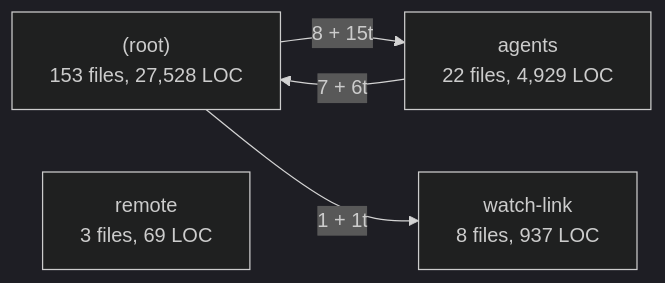
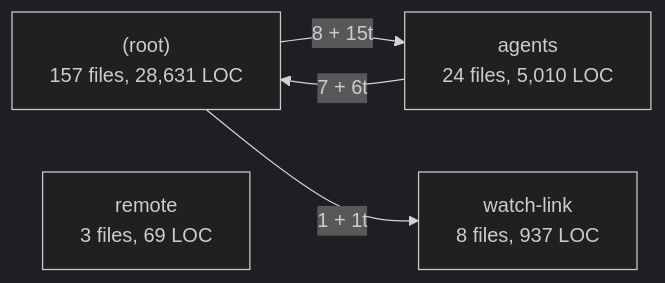
One commit to pollog09/DisTerm changed the eighth of 8 diagrams in docs/architecture/GRAPH.md. Above: the diagram before and after it, drawn with Mermaid (dark theme). The commit also changed other lines of this file and 63 other files, not shown here.

First line of the commit message:
feat(graph): switch the graph view between the agent graph and a repo's system map

````diff
--- a/docs/architecture/GRAPH.md
+++ b/docs/architecture/GRAPH.md
@@ -236,10 +248,10 @@
 ```mermaid
 flowchart LR
-  n_shared__root_["(root)<br/>153 files, 27,528 LOC"]
-  n_shared_agents["agents<br/>22 files, 4,929 LOC"]
+  n_shared__root_["(root)<br/>157 files, 28,631 LOC"]
+  n_shared_agents["agents<br/>24 files, 5,010 LOC"]
   n_shared_remote["remote<br/>3 files, 69 LOC"]
   n_shared_watch_link["watch-link<br/>8 files, 937 LOC"]
   n_shared__root_ -->|"8 + 15t"| n_shared_agents
   n_shared__root_ -->|"1 + 1t"| n_shared_watch_link
   n_shared_agents -->|"7 + 6t"| n_shared__root_
 ```
````
